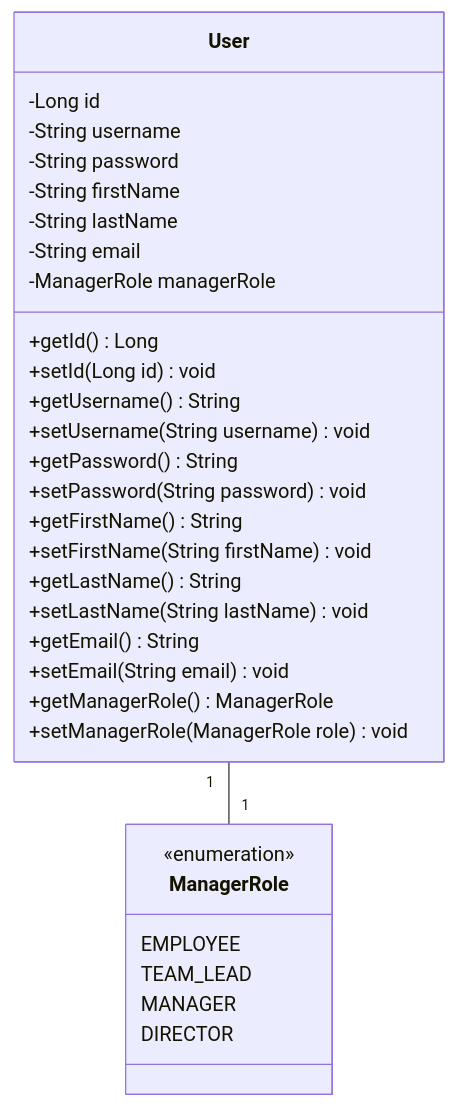
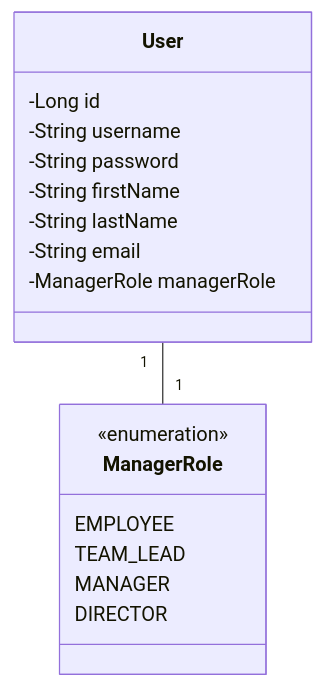
One commit to VoidGravity/devSync changed the diagram in Class DIagram.mermaid. Above: the diagram before and after it, drawn with Mermaid. The commit also changed 3 other files, not shown here.

```diff
--- a/Class DIagram.mermaid
+++ b/Class DIagram.mermaid
@@ -1,34 +1,34 @@
 classDiagram
     class User {
         -Long id
         -String username
         -String password
         -String firstName
         -String lastName
         -String email
         -ManagerRole managerRole
-        +getId() Long
-        +setId(Long id) void
-        +getUsername() String
-        +setUsername(String username) void
-        +getPassword() String
-        +setPassword(String password) void
-        +getFirstName() String
-        +setFirstName(String firstName) void
-        +getLastName() String
-        +setLastName(String lastName) void
-        +getEmail() String
-        +setEmail(String email) void
-        +getManagerRole() ManagerRole
-        +setManagerRole(ManagerRole role) void
+%%        +getId() Long
+%%        +setId(Long id) void
+%%        +getUsername() String
+%%        +setUsername(String username) void
+%%        +getPassword() String
+%%        +setPassword(String password) void
+%%        +getFirstName() String
+%%        +setFirstName(String firstName) void
+%%        +getLastName() String
+%%        +setLastName(String lastName) void
+%%        +getEmail() String
+%%        +setEmail(String email) void
+%%        +getManagerRole() ManagerRole
+%%        +setManagerRole(ManagerRole role) void
     }
 
     class ManagerRole {
         <<enumeration>>
         EMPLOYEE
         TEAM_LEAD
         MANAGER
         DIRECTOR
     }
 
     User "1" -- "1" ManagerRole
```
